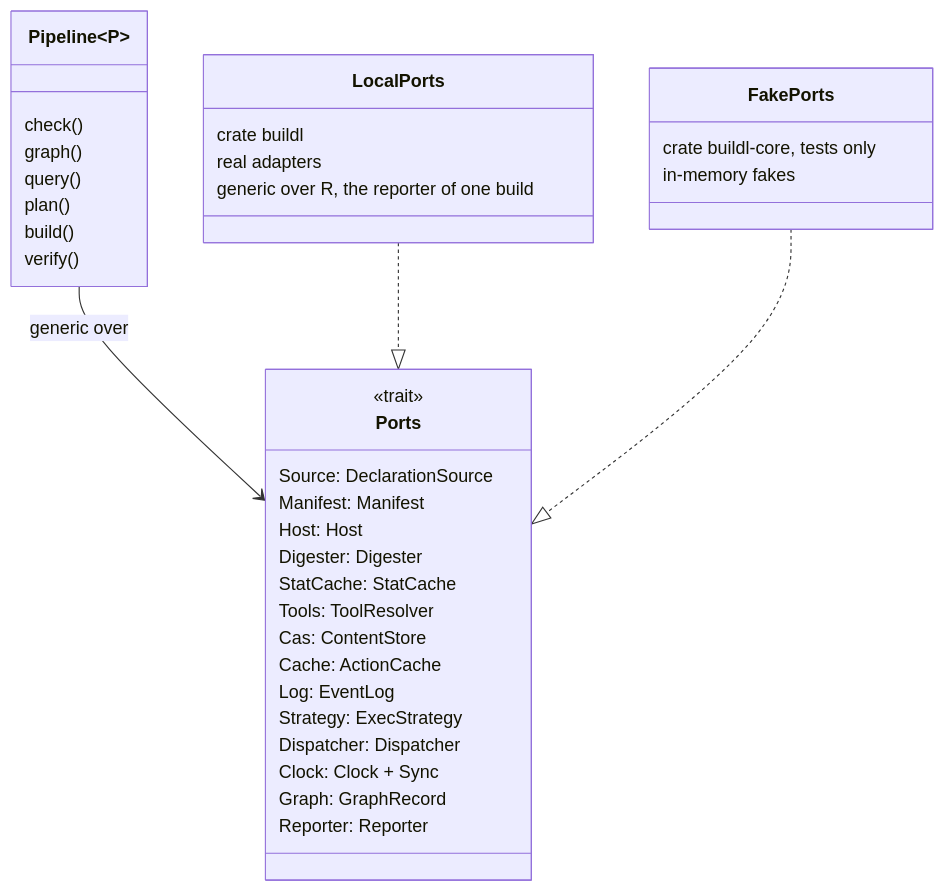
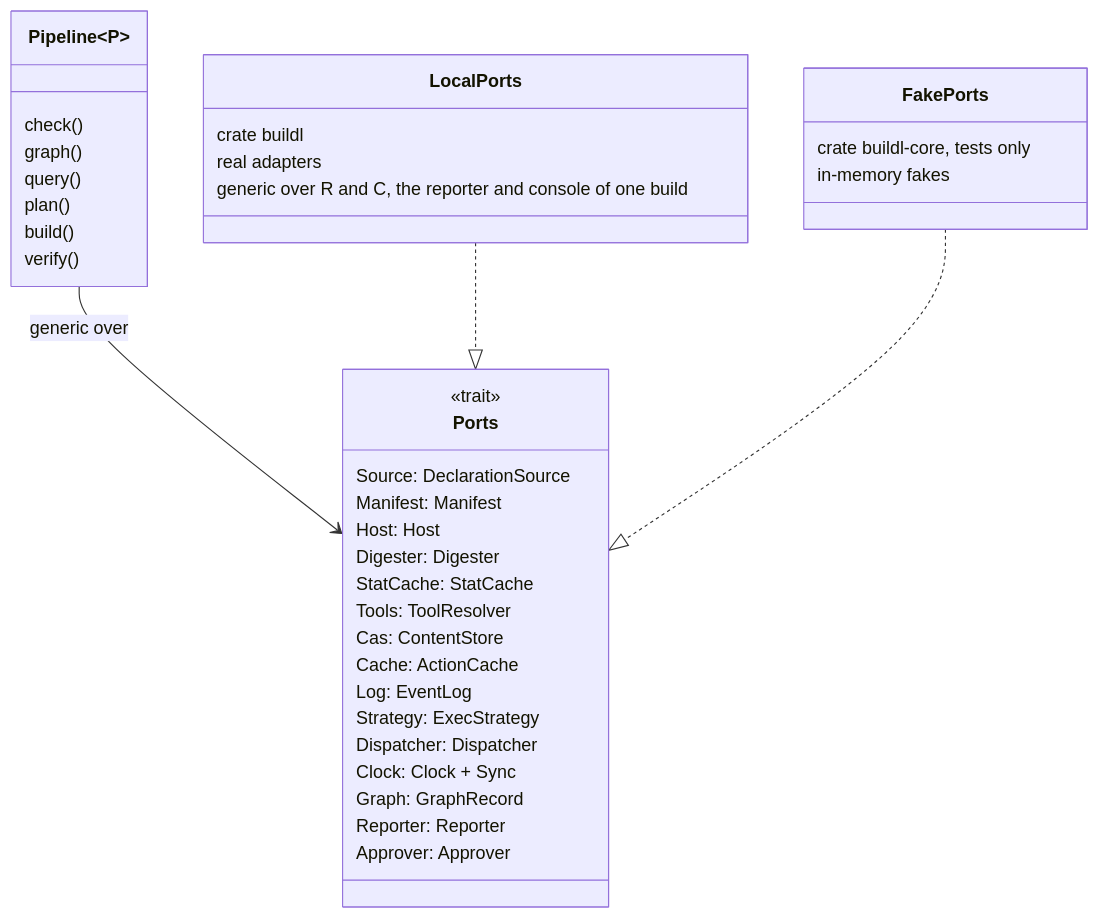
One commit to airsstack/buildl changed the fifth of 7 diagrams in docs/architecture-building-blocks.md. Above: the diagram before and after it, drawn with Mermaid. The commit also changed other lines of this file and 102 other files, not shown here.

````diff
--- a/docs/architecture-building-blocks.md
+++ b/docs/architecture-building-blocks.md
@@ -380,41 +388,42 @@
 ```mermaid
 %% C4 level 4 — the Ports bundle and its two implementations
 classDiagram
     class Pipeline~P~ {
         check()
         graph()
         query()
         plan()
         build()
         verify()
     }
     class Ports {
         <<trait>>
         Source: DeclarationSource
         Manifest: Manifest
         Host: Host
         Digester: Digester
         StatCache: StatCache
         Tools: ToolResolver
         Cas: ContentStore
         Cache: ActionCache
         Log: EventLog
         Strategy: ExecStrategy
         Dispatcher: Dispatcher
         Clock: Clock + Sync
         Graph: GraphRecord
         Reporter: Reporter
+        Approver: Approver
     }
     class LocalPorts {
         crate buildl
         real adapters
-        generic over R, the reporter of one build
+        generic over R and C, the reporter and console of one build
     }
     class FakePorts {
         crate buildl-core, tests only
         in-memory fakes
     }
     Pipeline --> Ports : generic over
     LocalPorts ..|> Ports
     FakePorts ..|> Ports
 ```
````
